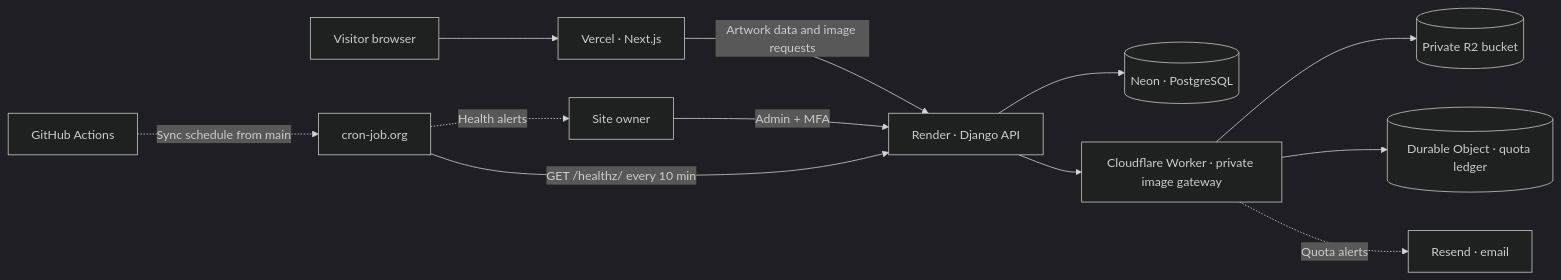
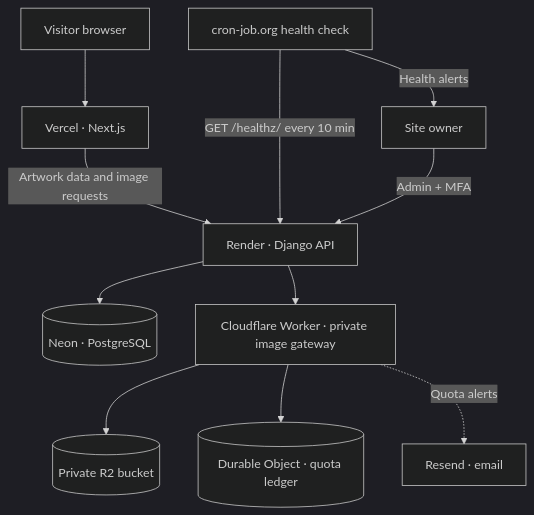
The first of 2 diagrams in README.md (aydinkaancinar/kaan-gallery), drawn with Mermaid (dark theme) before and after one commit.

````diff
--- a/README.md
+++ b/README.md
@@ -20,14 +20,13 @@
 ```mermaid
-flowchart LR
+flowchart TB
     Browser[Visitor browser] --> Vercel[Vercel · Next.js]
     Vercel -->|Artwork data and image requests| Render[Render · Django API]
-    Owner[Site owner] -->|Admin + MFA| Render
-    Actions[GitHub Actions] -.->|Sync schedule from main| Cron[cron-job.org]
-    Cron -->|GET /healthz/ every 10 min| Render
-    Cron -.->|Health alerts| Owner
+    Cron["cron-job.org health check"] -->|Health alerts| Owner[Site owner]
+    Cron -->|"GET /healthz/ every 10 min"| Render
+    Owner -->|"Admin + MFA"| Render
     Render --> Neon[(Neon · PostgreSQL)]
     Render --> Gateway[Cloudflare Worker · private image gateway]
     Gateway --> R2[(Private R2 bucket)]
     Gateway --> Ledger[(Durable Object · quota ledger)]
     Gateway -.->|Quota alerts| Resend[Resend · email]
 ```
````
